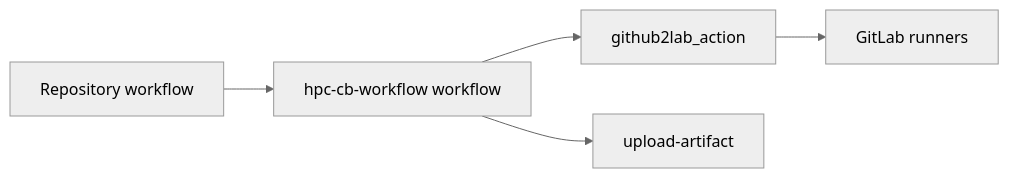
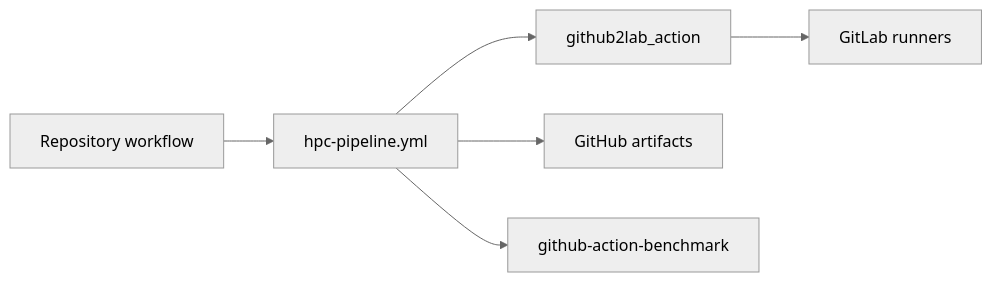
Before and after one commit to pc2/hpc-cb-workflow: the diagram in README.md, drawn with Mermaid (neutral theme). The commit also changed other lines of this file, not shown here.

````diff
--- a/README.md
+++ b/README.md
@@ -7,7 +7,8 @@
 ```mermaid
 flowchart LR
-    Caller[Repository workflow] --> HPC[hpc-cb-workflow workflow]
+    Caller[Repository workflow] --> HPC[hpc-pipeline.yml]
     HPC --> GitLab[github2lab_action]
     GitLab --> Runners[GitLab runners]
-    HPC --> Artifacts[upload-artifact]
+    HPC --> Artifacts[GitHub artifacts]
+    HPC --> Benchmark[github-action-benchmark]
 ```
````
